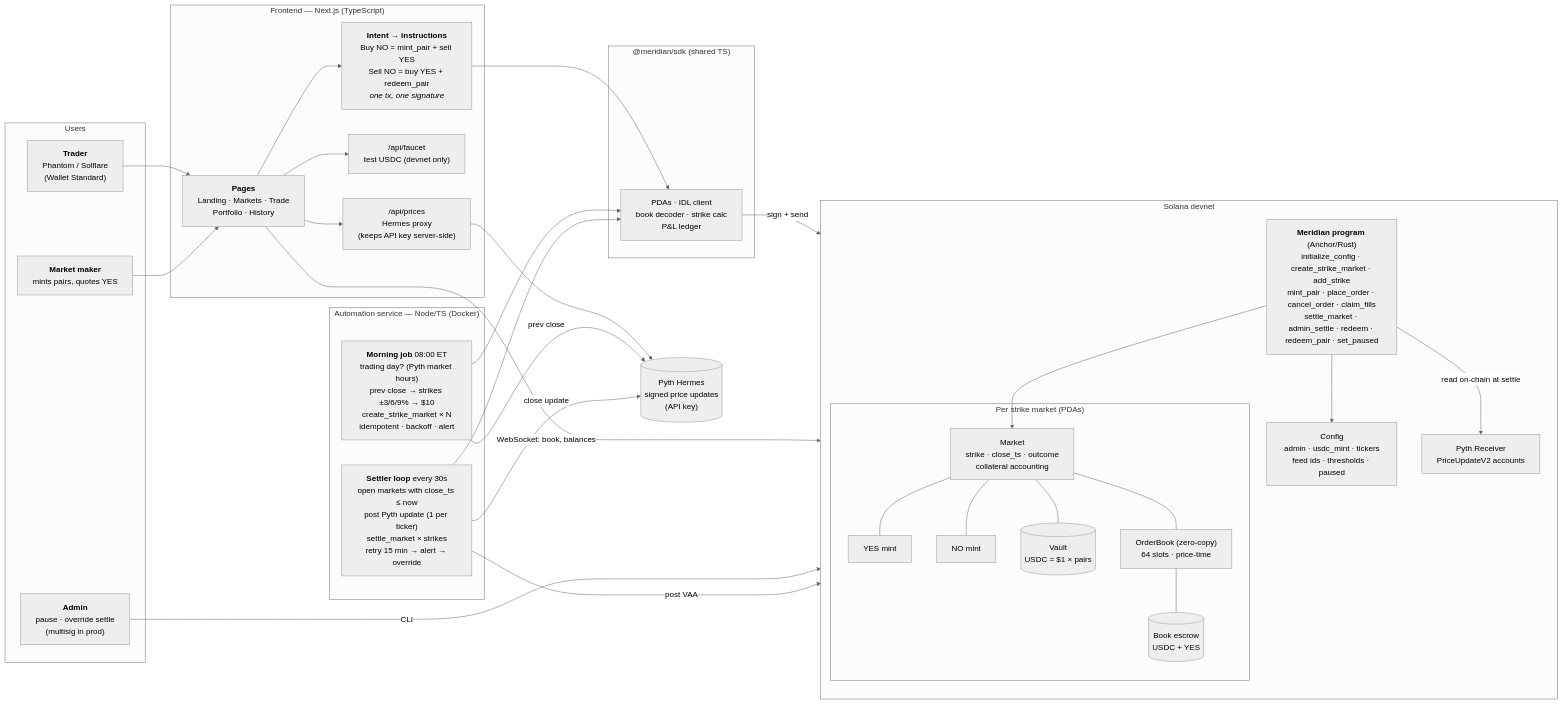
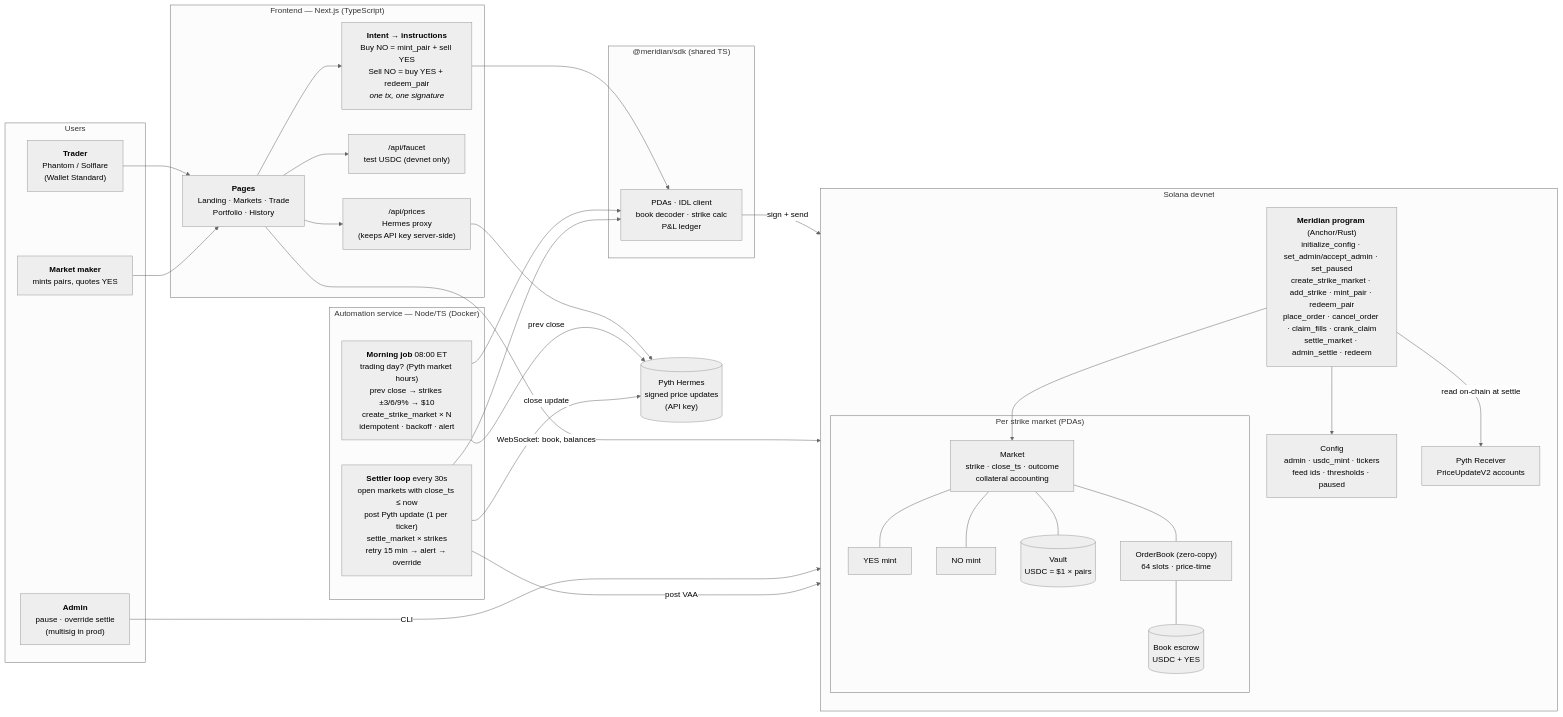
Before and after one commit to hisefath/meridian: the diagram in docs/system-design.mmd, drawn with Mermaid (neutral theme). The commit also changed 24 other files, not shown here.

First line of the commit message:
fix(program): permissionless crank_claim, pre-close order halt, two-step admin (from security review)

```diff
--- a/docs/system-design.mmd
+++ b/docs/system-design.mmd
@@ -1,61 +1,61 @@
 %% Meridian — system design (Mermaid source).
 %% Rendered inline in docs/SYSTEM_DESIGN.md; paste into https://mermaid.live to edit.
 flowchart LR
 
   subgraph USERS["Users"]
     TR["<b>Trader</b><br/>Phantom / Solflare<br/>(Wallet Standard)"]
     MM["<b>Market maker</b><br/>mints pairs, quotes YES"]
     ADM["<b>Admin</b><br/>pause · override settle<br/>(multisig in prod)"]
   end
 
   subgraph WEB["Frontend — Next.js (TypeScript)"]
     UI["<b>Pages</b><br/>Landing · Markets · Trade<br/>Portfolio · History"]
     INTENT["<b>Intent → instructions</b><br/>Buy NO = mint_pair + sell YES<br/>Sell NO = buy YES + redeem_pair<br/><i>one tx, one signature</i>"]
     FAUCET["/api/faucet<br/>test USDC (devnet only)"]
     PX["/api/prices<br/>Hermes proxy<br/>(keeps API key server-side)"]
   end
 
   subgraph SDK["@meridian/sdk (shared TS)"]
     S1["PDAs · IDL client<br/>book decoder · strike calc<br/>P&L ledger"]
   end
 
   subgraph AUTO["Automation service — Node/TS (Docker)"]
     MORN["<b>Morning job</b> 08:00 ET<br/>trading day? (Pyth market hours)<br/>prev close → strikes ±3/6/9% → $10<br/>create_strike_market × N<br/>idempotent · backoff · alert"]
     SETL["<b>Settler loop</b> every 30s<br/>open markets with close_ts ≤ now<br/>post Pyth update (1 per ticker)<br/>settle_market × strikes<br/>retry 15 min → alert → override"]
   end
 
   subgraph CHAIN["Solana devnet"]
     direction TB
-    PROG["<b>Meridian program</b> (Anchor/Rust)<br/>initialize_config · create_strike_market · add_strike<br/>mint_pair · place_order · cancel_order · claim_fills<br/>settle_market · admin_settle · redeem · redeem_pair · set_paused"]
+    PROG["<b>Meridian program</b> (Anchor/Rust)<br/>initialize_config · set_admin/accept_admin · set_paused<br/>create_strike_market · add_strike · mint_pair · redeem_pair<br/>place_order · cancel_order · claim_fills · crank_claim<br/>settle_market · admin_settle · redeem"]
     subgraph MKT["Per strike market (PDAs)"]
       M["Market<br/>strike · close_ts · outcome<br/>collateral accounting"]
       YM["YES mint"]
       NM["NO mint"]
       V[("Vault<br/>USDC = $1 × pairs")]
       BK["OrderBook (zero-copy)<br/>64 slots · price-time"]
       BE[("Book escrow<br/>USDC + YES")]
     end
     CFG["Config<br/>admin · usdc_mint · tickers<br/>feed ids · thresholds · paused"]
     PR["Pyth Receiver<br/>PriceUpdateV2 accounts"]
   end
 
   HERMES[("Pyth Hermes<br/>signed price updates<br/>(API key)")]
 
   TR --> UI
   MM --> UI
   UI --> INTENT --> S1
   S1 -- "sign + send" --> PROG
   UI -- "WebSocket: book, balances" --> BK
   UI --> PX --> HERMES
   UI --> FAUCET
   ADM -- "CLI" --> PROG
   MORN --> S1
   SETL --> S1
   MORN -- "prev close" --> HERMES
   SETL -- "close update" --> HERMES
   SETL -- "post VAA" --> PR
   PROG --> CFG
   PROG --> M
   M --- YM & NM & V & BK
   BK --- BE
   PROG -- "read on-chain at settle" --> PR
```
